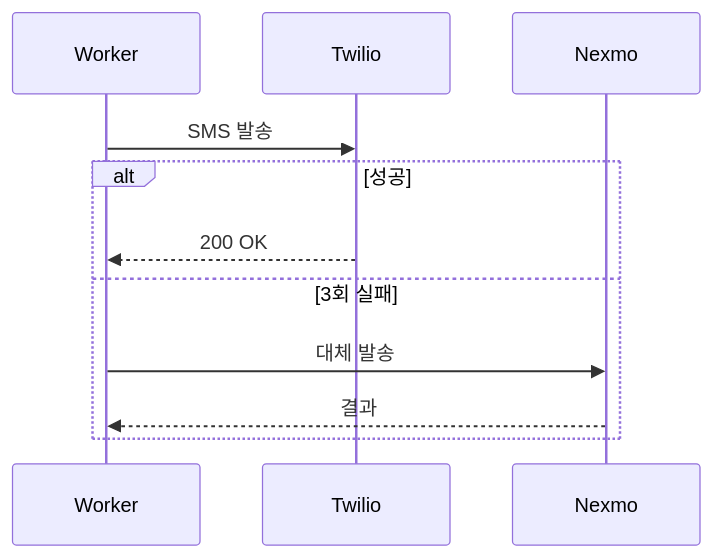
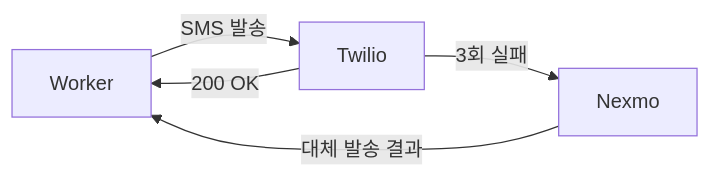
The third of 6 diagrams in _posts/systemdesign/2026-05-02-system-design-notification.md (yjkim2015/yjkim2015.github.io), drawn with Mermaid before and after one commit. The commit also changed other lines of this file and 84 other files, not shown here.

First line of the commit message:
85개 포스트 Mermaid 다이어그램 규칙 일괄 수정

````diff
--- a/_posts/systemdesign/2026-05-02-system-design-notification.md
+++ b/_posts/systemdesign/2026-05-02-system-design-notification.md
@@ -150,13 +144,7 @@
 ```mermaid
-sequenceDiagram
-    participant W as Worker
-    participant T as Twilio
-    participant N as Nexmo
-    W->>T: SMS 발송
-    alt 성공
-    T-->>W: 200 OK
-    else 3회 실패
-    W->>N: 대체 발송
-    N-->>W: 결과
-    end
+graph LR
+    A[Worker] -->|SMS 발송| B[Twilio]
+    B -->|200 OK| A
+    B -->|3회 실패| C[Nexmo]
+    C -->|대체 발송 결과| A
 ```
````
